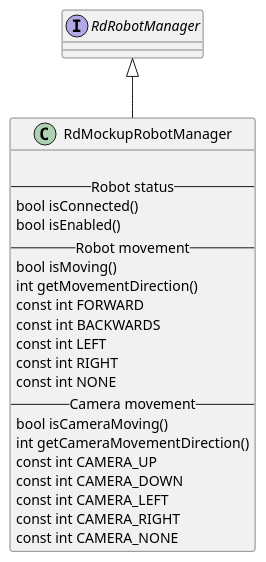
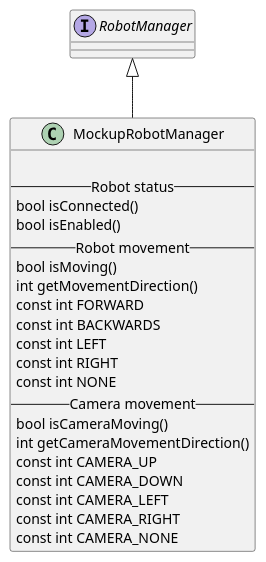
Before and after one commit to asrob-uc3m/robotDevastation-developer-manual: the third of 3 diagrams in en/robot-management.md, drawn with PlantUML. The commit also changed other lines of this file and 9 other files, not shown here.

```diff
--- a/en/robot-management.md
+++ b/en/robot-management.md
@@ -78,26 +78,26 @@
 {% plantuml %}
-interface RdRobotManager
-class RdMockupRobotManager {
+interface RobotManager
+class MockupRobotManager {
 
 --Robot status--
 bool isConnected()
 bool isEnabled()
 --Robot movement--
 bool isMoving()
 int getMovementDirection()
 const int FORWARD
 const int BACKWARDS
 const int LEFT
 const int RIGHT
 const int NONE
 --Camera movement --
 bool isCameraMoving()
 int getCameraMovementDirection()
 const int CAMERA_UP
 const int CAMERA_DOWN
 const int CAMERA_LEFT
 const int CAMERA_RIGHT
 const int CAMERA_NONE
 }
-RdRobotManager <|-- RdMockupRobotManager
+RobotManager <|-- MockupRobotManager
 {% endplantuml %}
```
